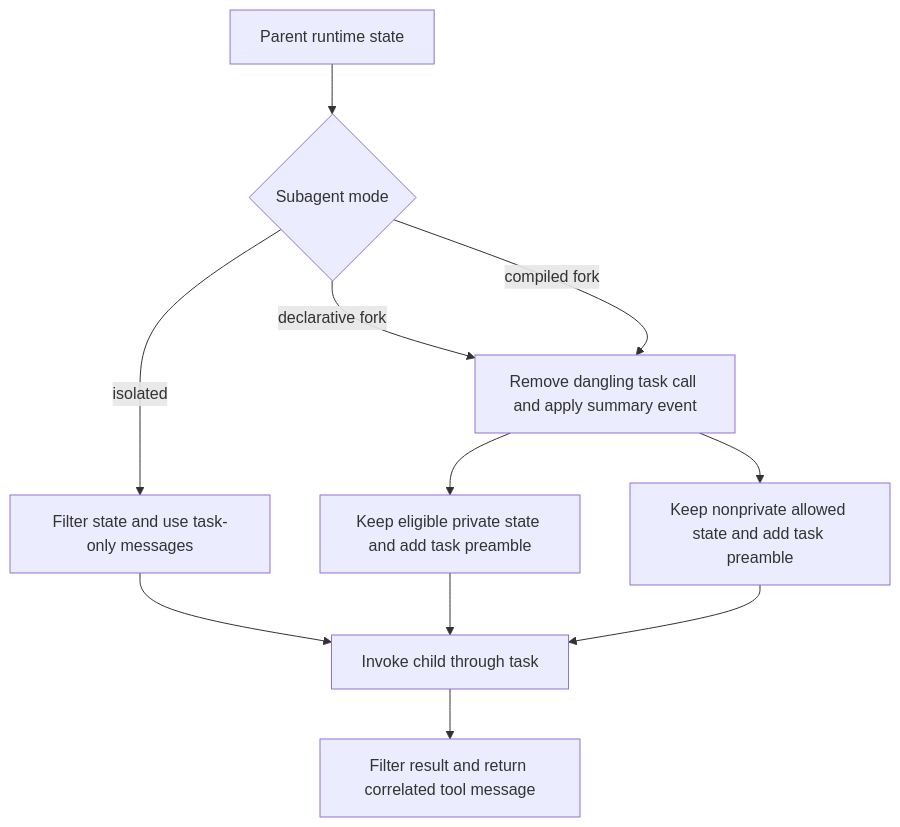
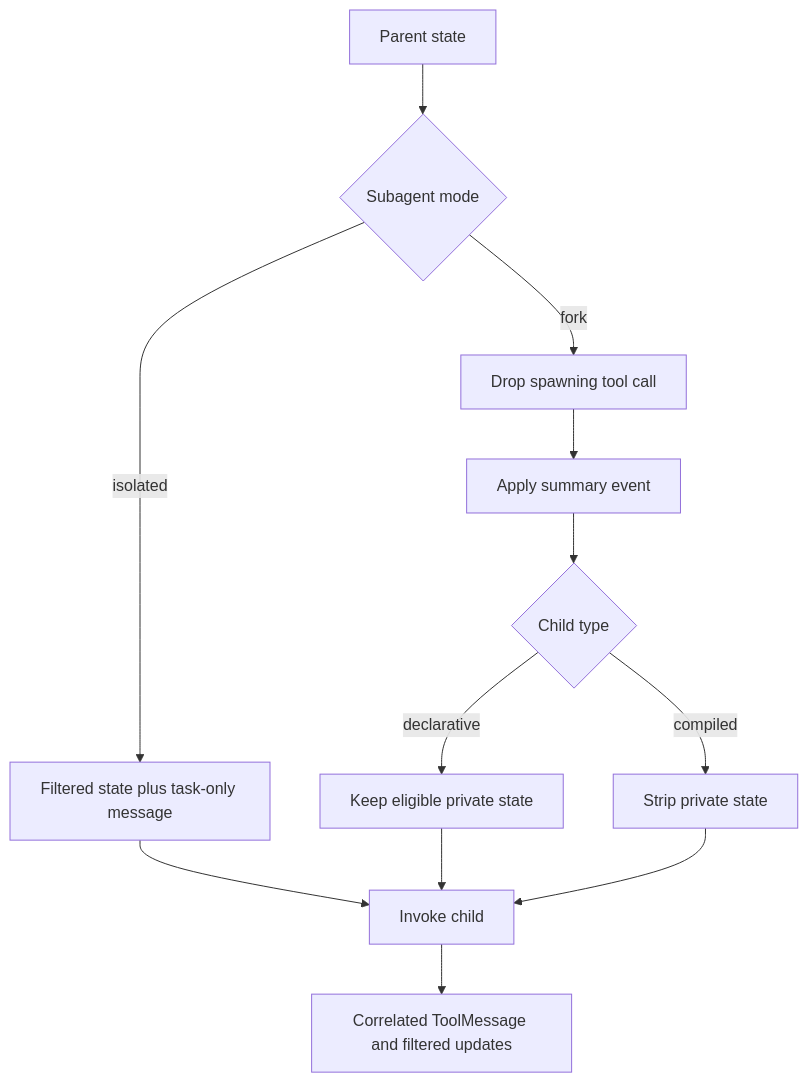
The second of 2 diagrams in openwiki/concepts/context-management.md (langchain-ai/deepagents), drawn with Mermaid before and after one commit. The commit also changed other lines of this file and 38 other files, not shown here.

````diff
--- a/openwiki/concepts/context-management.md
+++ b/openwiki/concepts/context-management.md
@@ -120,13 +65,14 @@
 ```mermaid
 flowchart TD
-    Parent["Parent runtime state"] --> Decide{"Subagent mode"}
-    Decide -->|"isolated"| Isolated["Filter state and use task-only messages"]
-    Decide -->|"declarative fork"| Effective["Remove dangling task call and apply summary event"]
-    Decide -->|"compiled fork"| Effective
-    Effective --> Declarative["Keep eligible private state and add task preamble"]
-    Effective --> Compiled["Keep nonprivate allowed state and add task preamble"]
-    Isolated --> Invoke["Invoke child through task"]
-    Declarative --> Invoke
-    Compiled --> Invoke
-    Invoke --> Return["Filter result and return correlated tool message"]
+    Parent["Parent state"] --> Mode{"Subagent mode"}
+    Mode -->|"isolated"| Fresh["Filtered state plus task-only message"]
+    Mode -->|"fork"| Prepare["Drop spawning tool call"]
+    Prepare --> Effective["Apply summary event"]
+    Effective --> Project{"Child type"}
+    Project -->|"declarative"| Declarative["Keep eligible private state"]
+    Project -->|"compiled"| Compiled["Strip private state"]
+    Fresh --> Run["Invoke child"]
+    Declarative --> Run
+    Compiled --> Run
+    Run --> Result["Correlated ToolMessage and filtered updates"]
 ```
````
